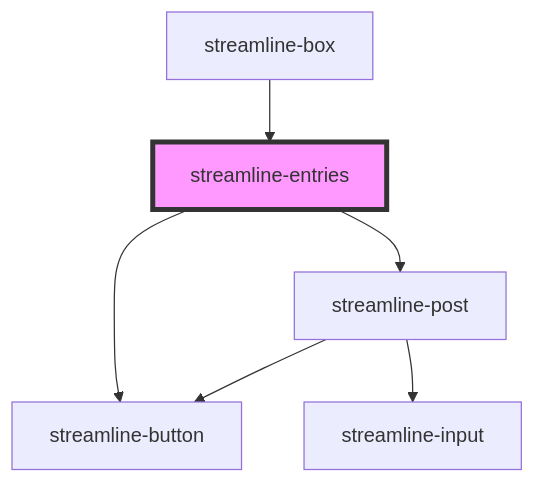
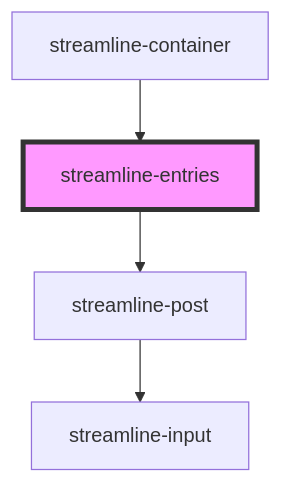
Before and after one commit to dnnsjsk/streamline: the diagram in stencil/src/components/streamline-entries/readme.md, drawn with Mermaid. The commit also changed other lines of this file and 146 other files, not shown here.

````diff
--- a/stencil/src/components/streamline-entries/readme.md
+++ b/stencil/src/components/streamline-entries/readme.md
@@ -18,9 +17,7 @@
 ```mermaid
 graph TD;
-  streamline-entries --> streamline-button
   streamline-entries --> streamline-post
   streamline-post --> streamline-input
-  streamline-post --> streamline-button
-  streamline-box --> streamline-entries
+  streamline-container --> streamline-entries
   style streamline-entries fill:#f9f,stroke:#333,stroke-width:4px
 ```
````
